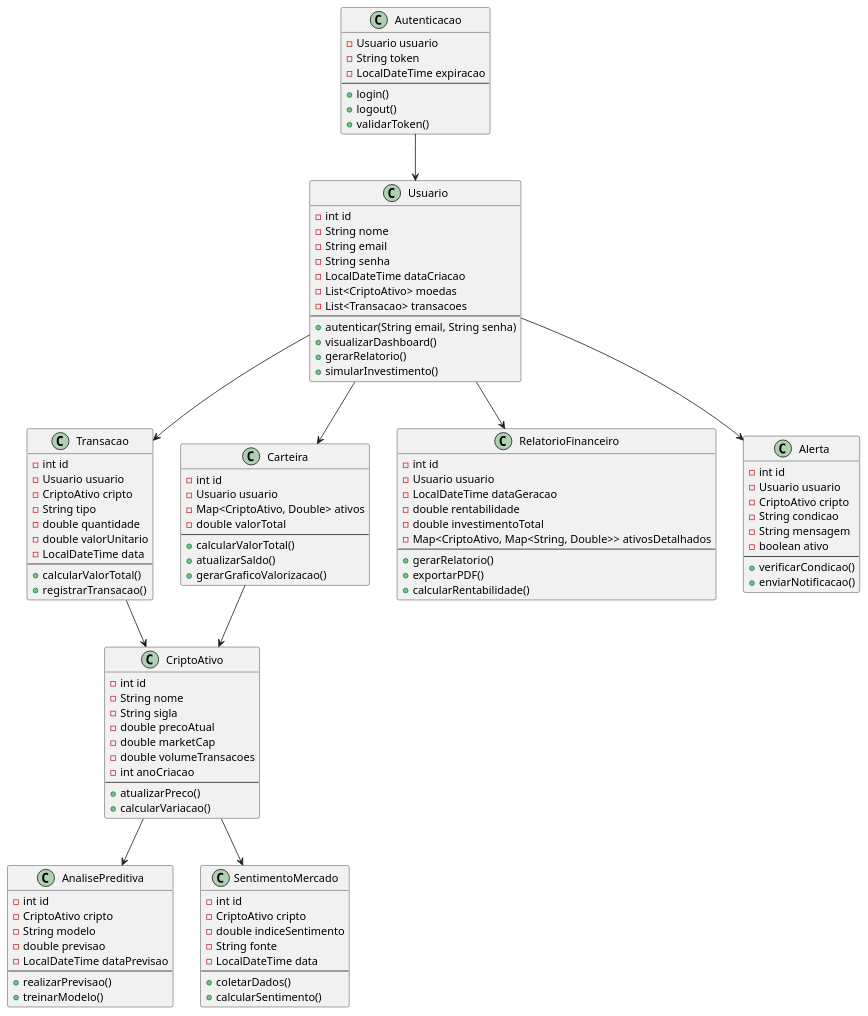
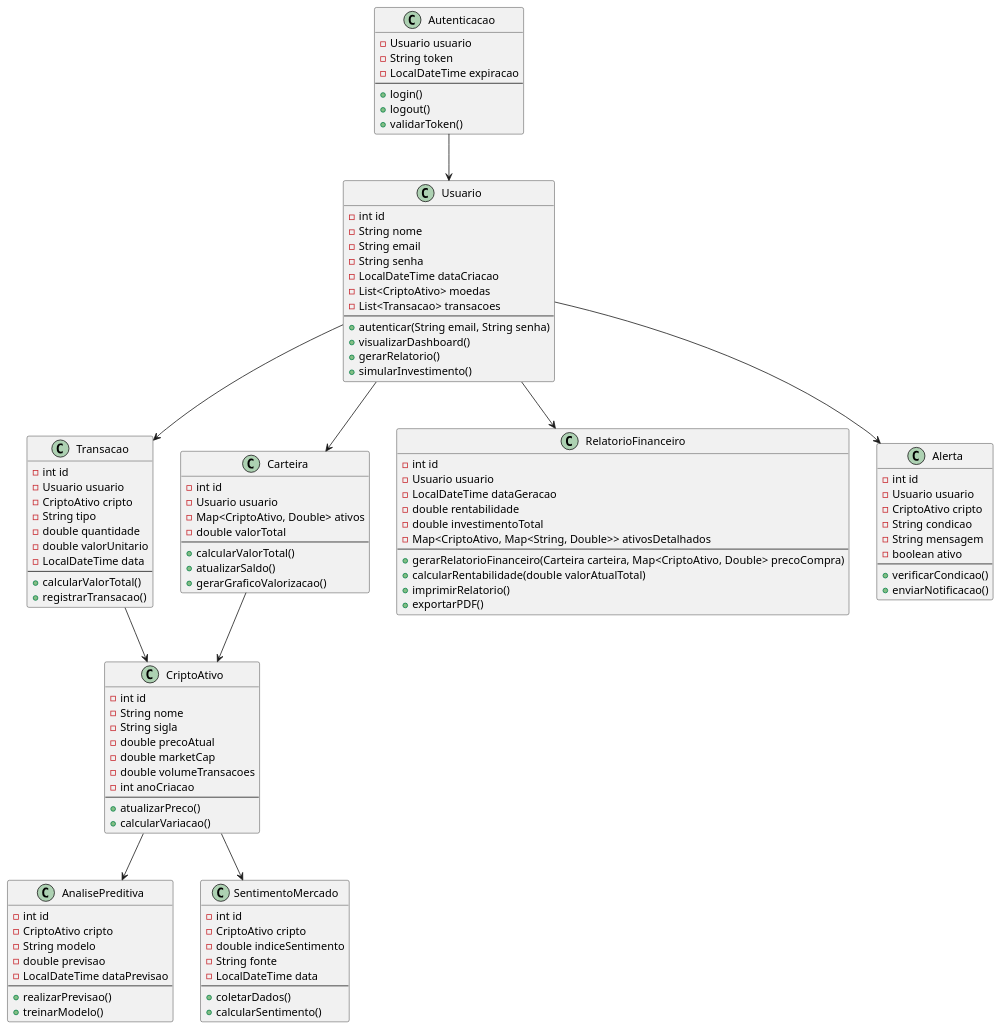
One commit to AlvesPedro1208/Tio_Patinhas_Exchange changed the diagram in TesteUML.wsd. Above: the diagram before and after it, drawn with PlantUML. The commit also changed 8 other files, not shown here.

Commit message:
Criação das classes Carteira, RelatorioFinanceiro + Alterações no modelo wsd

```diff
--- a/TesteUML.wsd
+++ b/TesteUML.wsd
@@ -1,122 +1,123 @@
 @startuml
 
 class Usuario {
     - int id
     - String nome
     - String email
     - String senha
     - LocalDateTime dataCriacao
     - List<CriptoAtivo> moedas
     - List<Transacao> transacoes
     --
     + autenticar(String email, String senha)
     + visualizarDashboard()
     + gerarRelatorio()
     + simularInvestimento()
 }
 
 class CriptoAtivo {
     - int id
     - String nome
     - String sigla
     - double precoAtual
     - double marketCap
     - double volumeTransacoes
     - int anoCriacao
     --
     + atualizarPreco()
     + calcularVariacao()
 }
 
 class Transacao {
     - int id
     - Usuario usuario
     - CriptoAtivo cripto
     - String tipo
     - double quantidade
     - double valorUnitario
     - LocalDateTime data
     --
     + calcularValorTotal()
     + registrarTransacao()
 }
 
 class Carteira {
     - int id
     - Usuario usuario
     - Map<CriptoAtivo, Double> ativos
     - double valorTotal
     --
     + calcularValorTotal()
     + atualizarSaldo()
     + gerarGraficoValorizacao()
 }
 
 class RelatorioFinanceiro {
     - int id
     - Usuario usuario
     - LocalDateTime dataGeracao
     - double rentabilidade
     - double investimentoTotal
     - Map<CriptoAtivo, Map<String, Double>> ativosDetalhados
     --
-    + gerarRelatorio()
+    + gerarRelatorioFinanceiro(Carteira carteira, Map<CriptoAtivo, Double> precoCompra)
+    + calcularRentabilidade(double valorAtualTotal)
+    + imprimirRelatorio()
     + exportarPDF()
-    + calcularRentabilidade()
 }
 
 class Alerta {
     - int id
     - Usuario usuario
     - CriptoAtivo cripto
     - String condicao
     - String mensagem
     - boolean ativo
     --
     + verificarCondicao()
     + enviarNotificacao()
 }
 
 class AnalisePreditiva {
     - int id
     - CriptoAtivo cripto
     - String modelo
     - double previsao
     - LocalDateTime dataPrevisao
     --
     + realizarPrevisao()
     + treinarModelo()
 }
 
 class SentimentoMercado {
     - int id
     - CriptoAtivo cripto
     - double indiceSentimento
     - String fonte
     - LocalDateTime data
     --
     + coletarDados()
     + calcularSentimento()
 }
 
 class Autenticacao {
     - Usuario usuario
     - String token
     - LocalDateTime expiracao
     --
     + login()
     + logout()
     + validarToken()
 }
 
 Usuario --> Carteira
 Usuario --> Transacao
 Usuario --> RelatorioFinanceiro
 Usuario --> Alerta
 Carteira --> CriptoAtivo
 Transacao --> CriptoAtivo
 CriptoAtivo --> AnalisePreditiva
 CriptoAtivo --> SentimentoMercado
 Autenticacao --> Usuario
 
 @enduml
```
